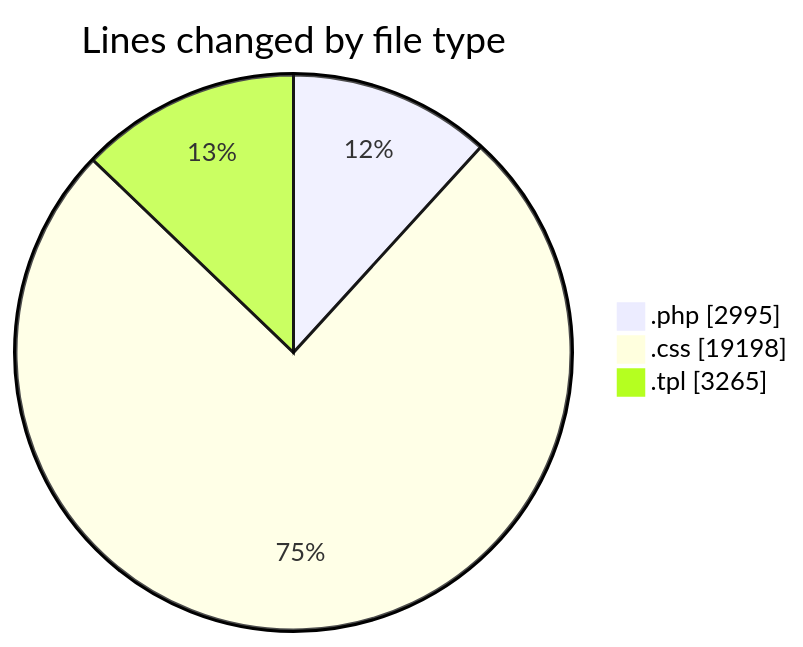
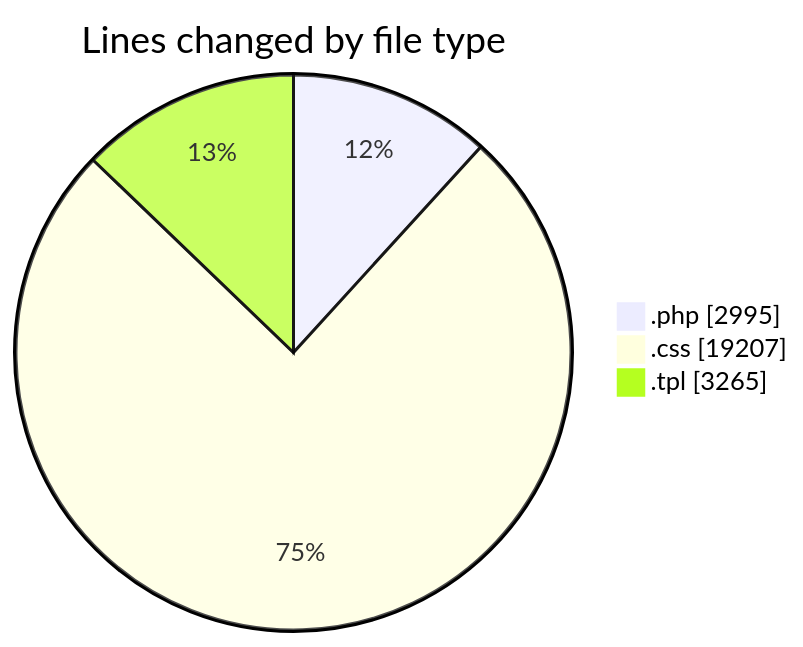
One commit to vahidmafi/code-tracking changed the first of 2 diagrams in 2025-03-23/zeytoon/README.md. Above: the diagram before and after it, drawn with Mermaid. The commit also changed other lines of this file and 1 other file, not shown here.

````diff
--- a/2025-03-23/zeytoon/README.md
+++ b/2025-03-23/zeytoon/README.md
@@ -29,7 +29,7 @@
 ```mermaid
 pie showData
 title Lines changed by file type
 ".php" : 2995
-".css" : 19198
+".css" : 19207
 ".tpl" : 3265
 ```
````
